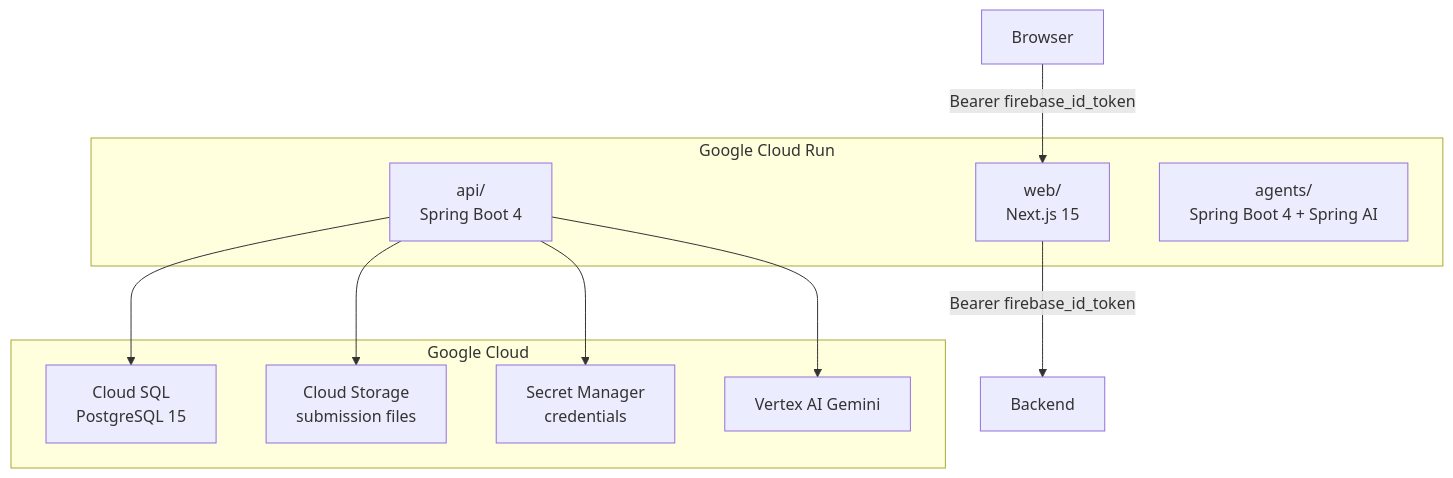
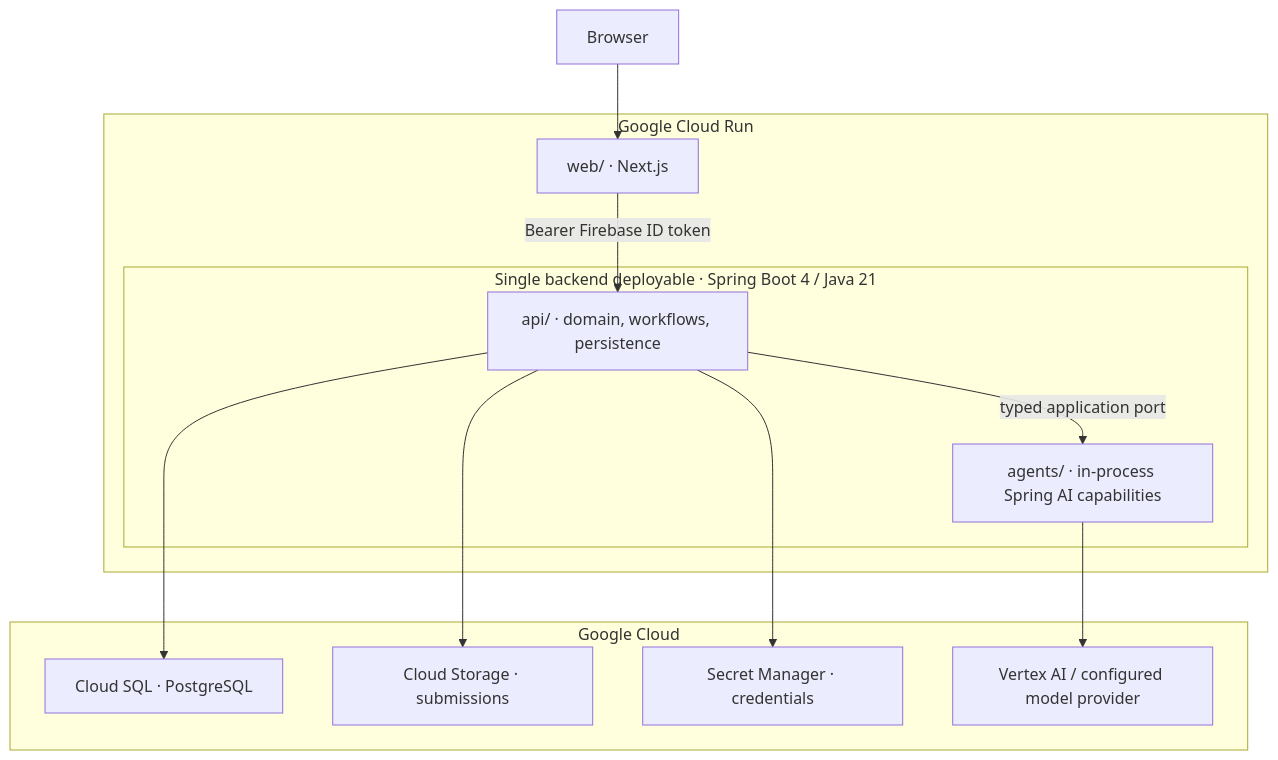
One commit to adumun/grade-ops-ai changed the diagram in README.md. Above: the diagram before and after it, drawn with Mermaid. The commit also changed other lines of this file, not shown here.

Commit message:
docs(readme): fix single-deployable architecture diagram

````diff
--- a/README.md
+++ b/README.md
@@ -58,24 +58,27 @@
 ```mermaid
 graph TD
     Browser["Browser"]
 
     subgraph "Google Cloud Run"
-        Web["web/\nNext.js 15"]
-        API["api/\nSpring Boot 4"]
-        Agents["agents/\nSpring Boot 4 + Spring AI"]
+        Web["web/ · Next.js"]
+        subgraph Backend["Single backend deployable · Spring Boot 4 / Java 21"]
+            API["api/ · domain, workflows, persistence"]
+            Agents["agents/ · in-process Spring AI capabilities"]
+            API -->|"typed application port"| Agents
+        end
     end
 
     subgraph "Google Cloud"
-        SQL["Cloud SQL\nPostgreSQL 15"]
-        GCS["Cloud Storage\nsubmission files"]
-        SM["Secret Manager\ncredentials"]
-        Gemini["Vertex AI Gemini"]
+        SQL["Cloud SQL · PostgreSQL"]
+        GCS["Cloud Storage · submissions"]
+        SM["Secret Manager · credentials"]
+        Gemini["Vertex AI / configured model provider"]
     end
 
-    Browser -->|"Bearer firebase_id_token"| Web
-    Web -->|"Bearer firebase_id_token"| Backend
-    API --> Gemini
+    Browser --> Web
+    Web -->|"Bearer Firebase ID token"| API
     API --> SQL
     API --> GCS
     API --> SM
+    Agents --> Gemini
 ```
````
